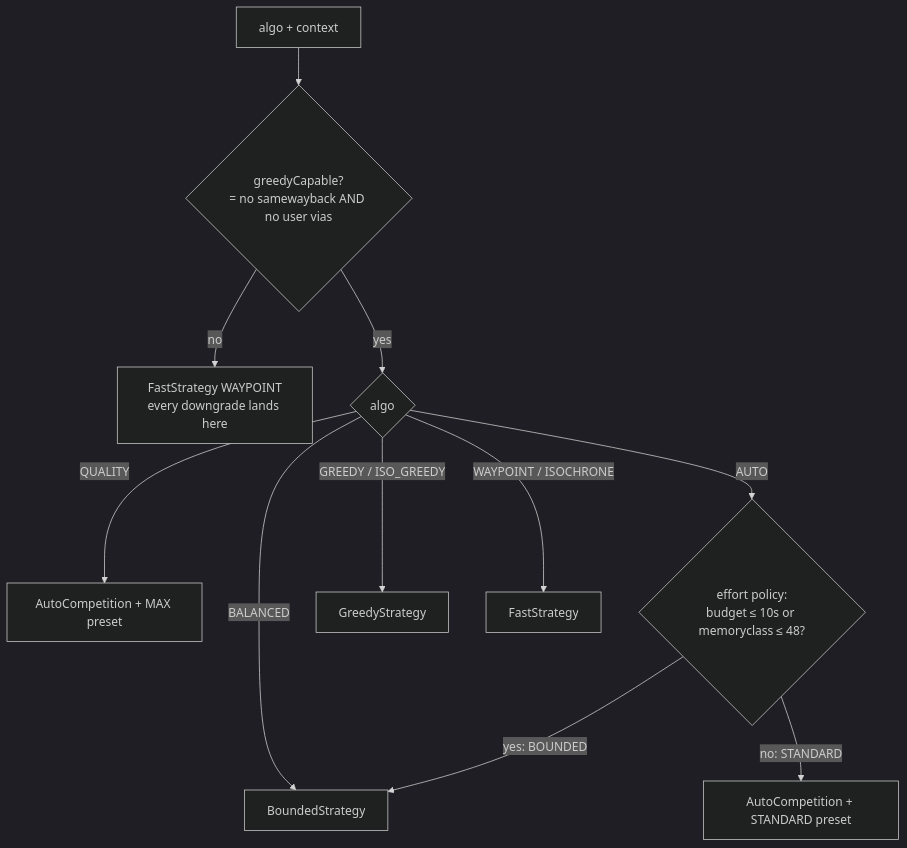
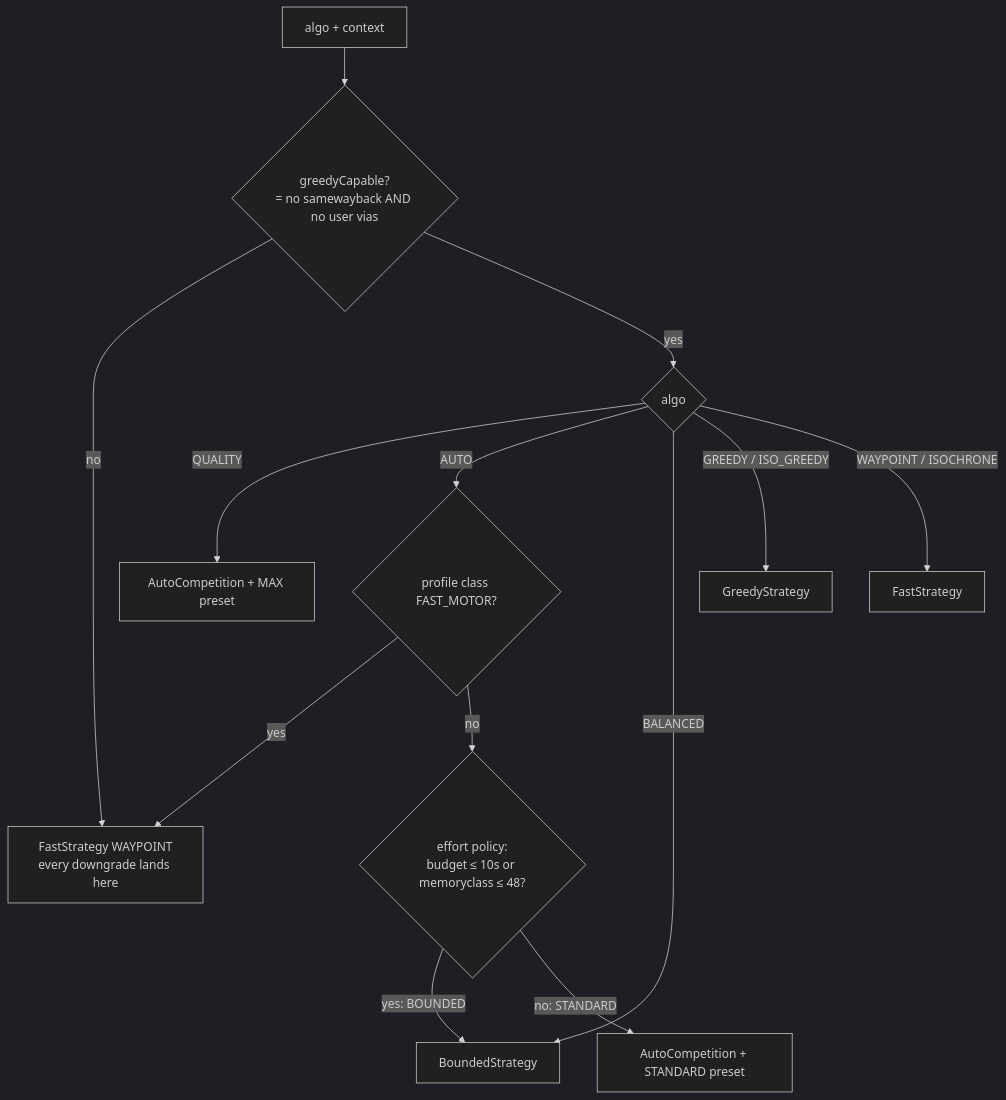
Before and after one commit to abrensch/brouter: the second of 5 diagrams in docs/developers/roundtrip-strategies.md, drawn with Mermaid (dark theme). The commit also changed 6 other files, not shown here.

First line of the commit message:
Round-trip: AUTO resolves to the waypoint tier on fast-motorized profiles

````diff
--- a/docs/developers/roundtrip-strategies.md
+++ b/docs/developers/roundtrip-strategies.md
@@ -67,13 +67,15 @@
 ```mermaid
 flowchart TD
     A[algo + context] --> B{greedyCapable?<br/>= no samewayback AND no user vias}
     B -- no --> W[FastStrategy WAYPOINT<br/>every downgrade lands here]
     B -- yes --> C{algo}
     C -- QUALITY --> Q[AutoCompetition + MAX preset]
-    C -- AUTO --> D{effort policy:<br/>budget ≤ 10s or memoryclass ≤ 48?}
+    C -- AUTO --> M{profile class FAST_MOTOR?}
+    M -- yes --> W
+    M -- no --> D{effort policy:<br/>budget ≤ 10s or memoryclass ≤ 48?}
     D -- yes: BOUNDED --> BB[BoundedStrategy]
     D -- no: STANDARD --> AC[AutoCompetition + STANDARD preset]
     C -- BALANCED --> BB
     C -- GREEDY / ISO_GREEDY --> G[GreedyStrategy]
     C -- WAYPOINT / ISOCHRONE --> W2[FastStrategy]
 ```
````
